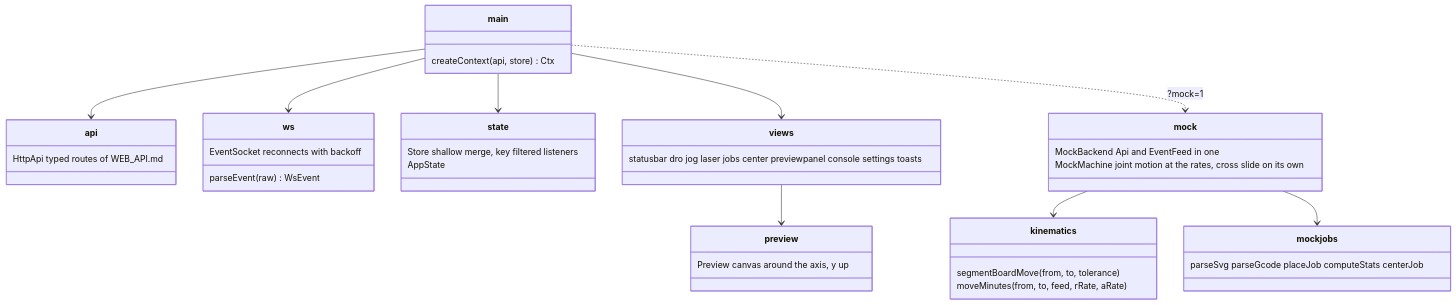
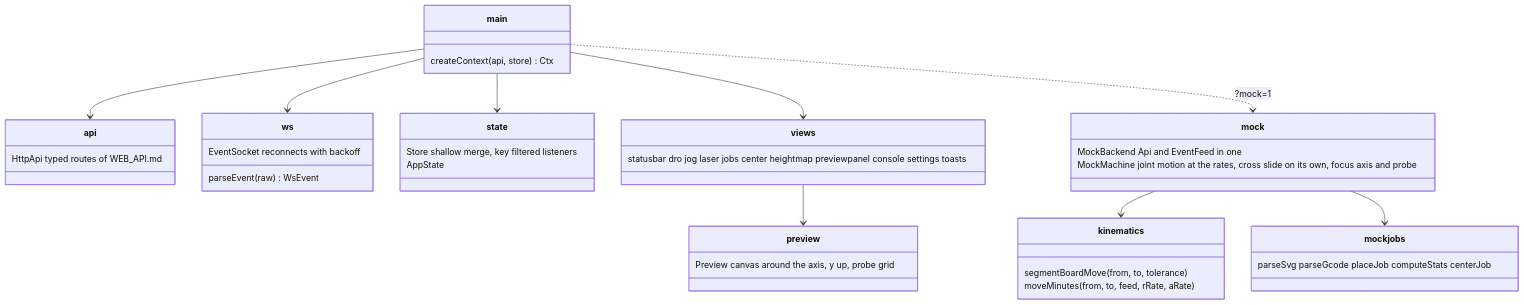
Before and after one commit to tmpk13/spinny-cnc: the diagram in web/frontend/README.md, drawn with Mermaid. The commit also changed other lines of this file and 20 other files, not shown here.

````diff
--- a/web/frontend/README.md
+++ b/web/frontend/README.md
@@ -27,42 +33,42 @@
 ```mermaid
 classDiagram
     class main {
         createContext(api, store) Ctx
     }
     class api {
         HttpApi  typed routes of WEB_API.md
     }
     class ws {
         EventSocket  reconnects with backoff
         parseEvent(raw) WsEvent
     }
     class state {
         Store  shallow merge, key filtered listeners
         AppState
     }
     class views {
-        statusbar dro jog laser jobs center previewpanel console settings toasts
+        statusbar dro jog laser jobs center heightmap previewpanel console settings toasts
     }
     class preview {
-        Preview  canvas around the axis, y up
+        Preview  canvas around the axis, y up, probe grid
     }
     class kinematics {
         segmentBoardMove(from, to, tolerance)
         moveMinutes(from, to, feed, rRate, aRate)
     }
     class mock {
         MockBackend  Api and EventFeed in one
-        MockMachine  joint motion at the rates, cross slide on its own
+        MockMachine  joint motion at the rates, cross slide on its own, focus axis and probe
     }
     class mockjobs {
         parseSvg parseGcode placeJob computeStats centerJob
     }
     main --> api
     main --> ws
     main --> state
     main --> views
     views --> preview
     mock --> kinematics
     mock --> mockjobs
     main ..> mock : ?mock=1
 ```
````
